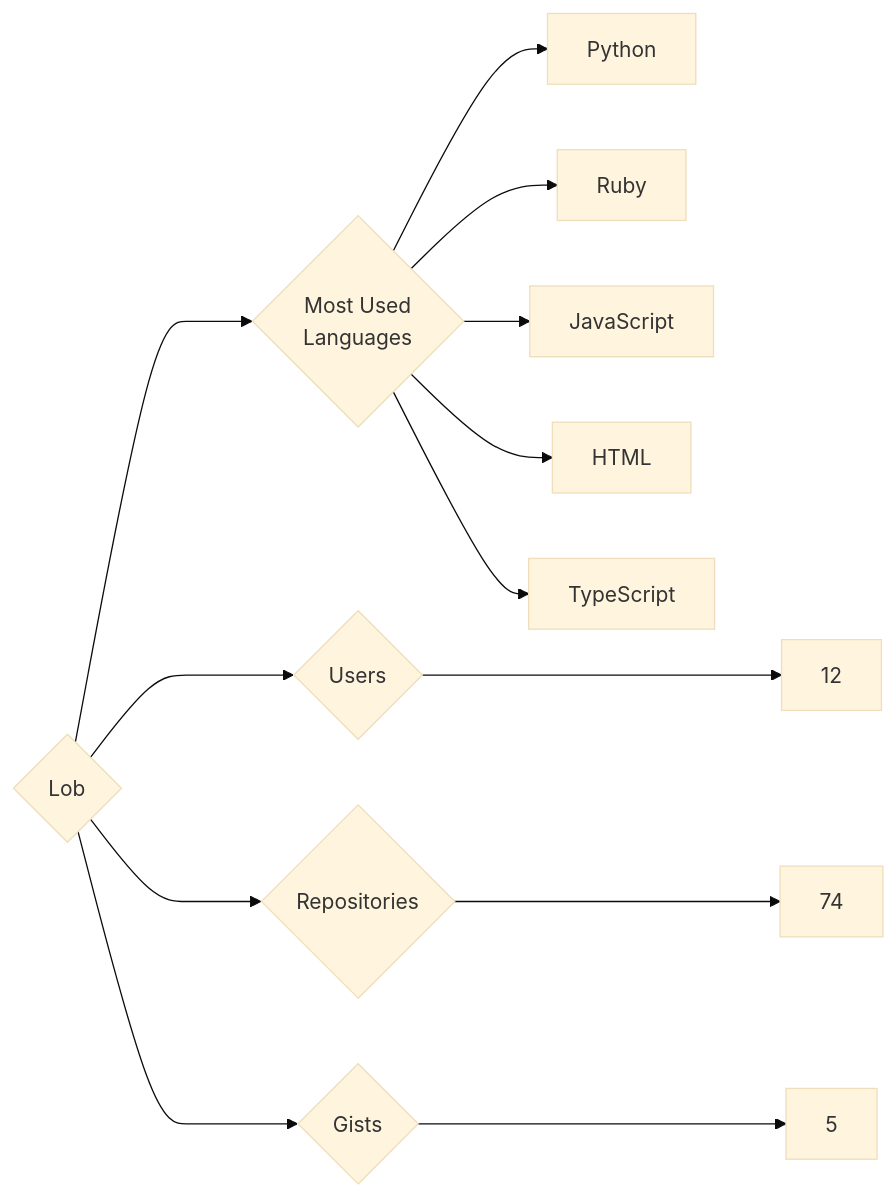
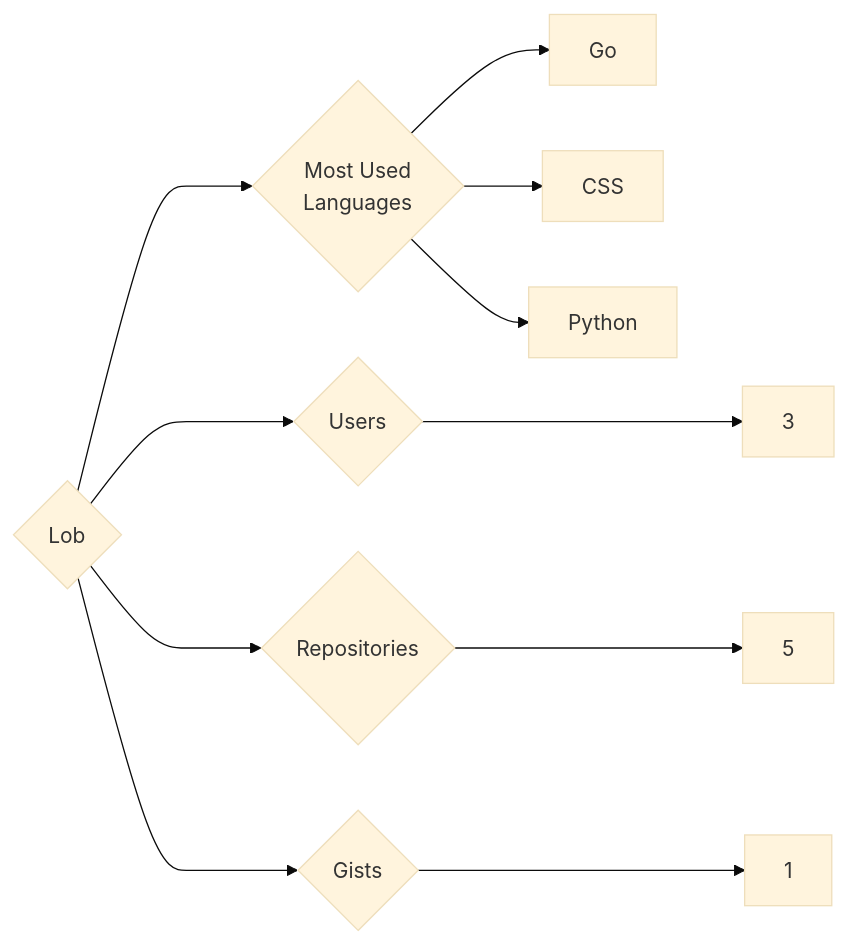
The diagram in targets/Lob/README.md (trickest/insiders), drawn with Mermaid (base theme) before and after one commit. The commit also changed 611 other files, not shown here.

````diff
--- a/targets/Lob/README.md
+++ b/targets/Lob/README.md
@@ -3,13 +3,11 @@
 ```mermaid
 graph LR
 COMPANY_NAME{Lob}
-COMPANY_NAME ---> U{Users} ---> UN[12]
-COMPANY_NAME ---> R{Repositories} ---> RN[74]
-COMPANY_NAME ---> G{Gists} ---> GN[5]
+COMPANY_NAME ---> U{Users} ---> UN[3]
+COMPANY_NAME ---> R{Repositories} ---> RN[5]
+COMPANY_NAME ---> G{Gists} ---> GN[1]
 COMPANY_NAME ---> ML{Most Used<br>Languages}
+ML --> Go[Go]
+ML --> CSS[CSS]
 ML --> Python[Python]
-ML --> Ruby[Ruby]
-ML --> JavaScript[JavaScript]
-ML --> HTML[HTML]
-ML --> TypeScript[TypeScript]
 ```
````
